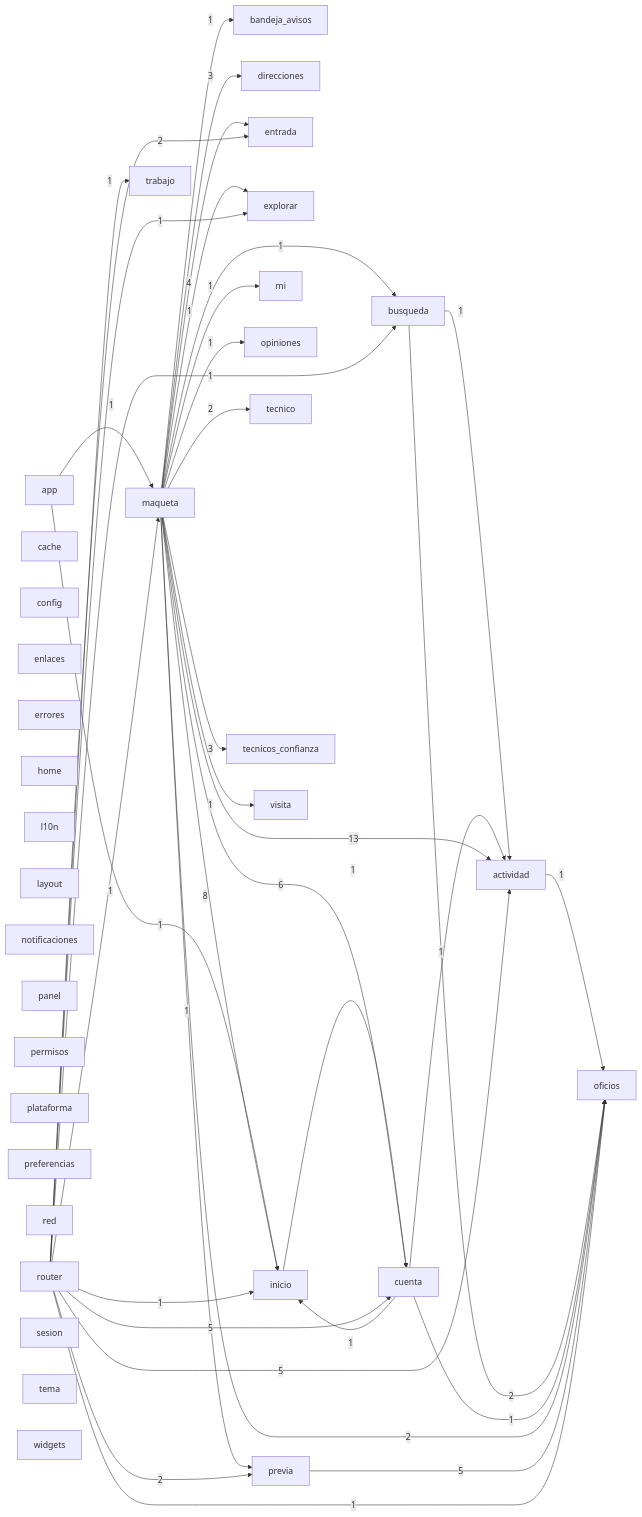
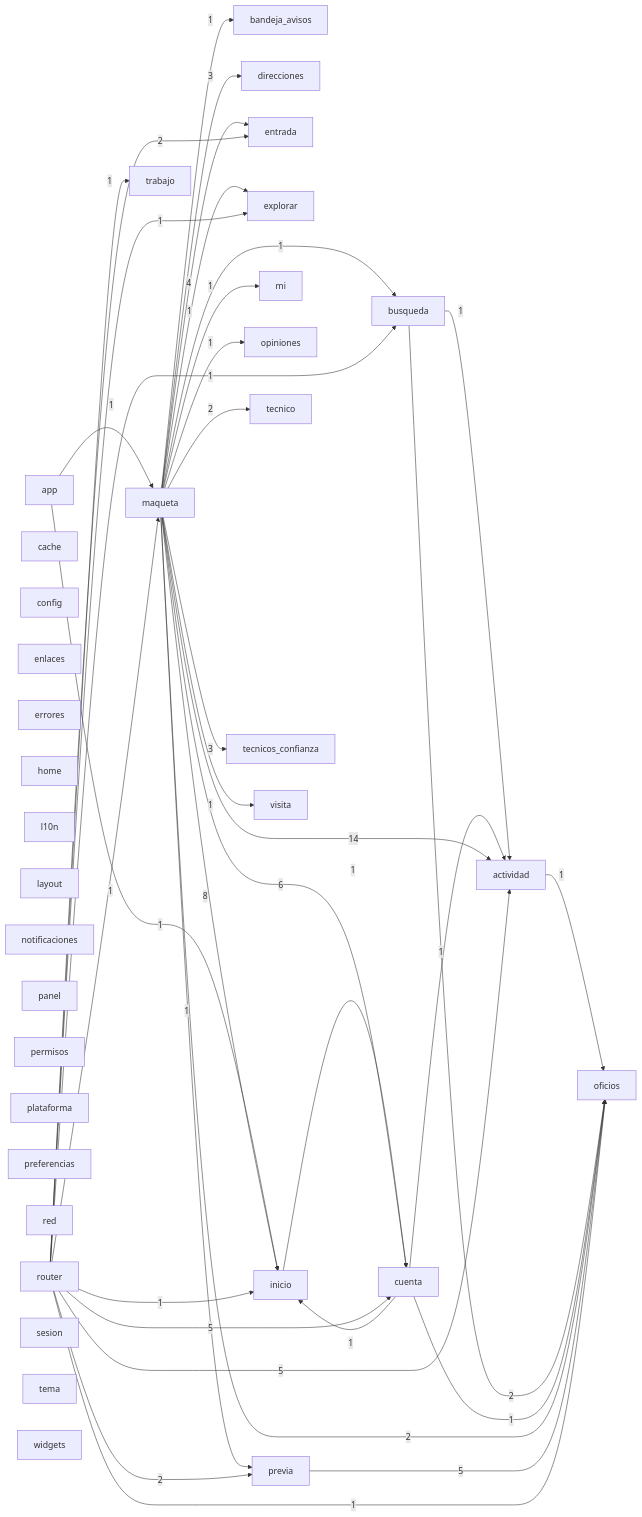
Before and after one commit to Tensei-Devs/knock-frontend: the diagram in docs/architecture/modules.mmd, drawn with Mermaid. The commit also changed 11 other files, not shown here.

```diff
--- a/docs/architecture/modules.mmd
+++ b/docs/architecture/modules.mmd
@@ -1,71 +1,71 @@
 graph LR
   actividad["actividad"]
   app["app"]
   bandeja_avisos["bandeja_avisos"]
   busqueda["busqueda"]
   cache["cache"]
   config["config"]
   cuenta["cuenta"]
   direcciones["direcciones"]
   enlaces["enlaces"]
   entrada["entrada"]
   errores["errores"]
   explorar["explorar"]
   home["home"]
   inicio["inicio"]
   l10n["l10n"]
   layout["layout"]
   maqueta["maqueta"]
   mi["mi"]
   notificaciones["notificaciones"]
   oficios["oficios"]
   opiniones["opiniones"]
   panel["panel"]
   permisos["permisos"]
   plataforma["plataforma"]
   preferencias["preferencias"]
   previa["previa"]
   red["red"]
   router["router"]
   sesion["sesion"]
   tecnico["tecnico"]
   tecnicos_confianza["tecnicos_confianza"]
   tema["tema"]
   trabajo["trabajo"]
   visita["visita"]
   widgets["widgets"]
   actividad -->|1| oficios
   app -->|1| inicio
   app -->|1| maqueta
   busqueda -->|1| actividad
   busqueda -->|2| oficios
   cuenta -->|1| actividad
   cuenta -->|1| inicio
   cuenta -->|1| oficios
   inicio -->|1| cuenta
-  maqueta -->|13| actividad
+  maqueta -->|14| actividad
   maqueta -->|1| bandeja_avisos
   maqueta -->|1| busqueda
   maqueta -->|6| cuenta
   maqueta -->|3| direcciones
   maqueta -->|4| entrada
   maqueta -->|1| explorar
   maqueta -->|8| inicio
   maqueta -->|1| mi
   maqueta -->|2| oficios
   maqueta -->|1| opiniones
   maqueta -->|1| previa
   maqueta -->|2| tecnico
   maqueta -->|3| tecnicos_confianza
   maqueta -->|1| visita
   previa -->|5| oficios
   router -->|5| actividad
   router -->|1| busqueda
   router -->|5| cuenta
   router -->|2| entrada
   router -->|1| explorar
   router -->|1| inicio
   router -->|1| maqueta
   router -->|1| oficios
   router -->|2| previa
   router -->|1| trabajo
```
